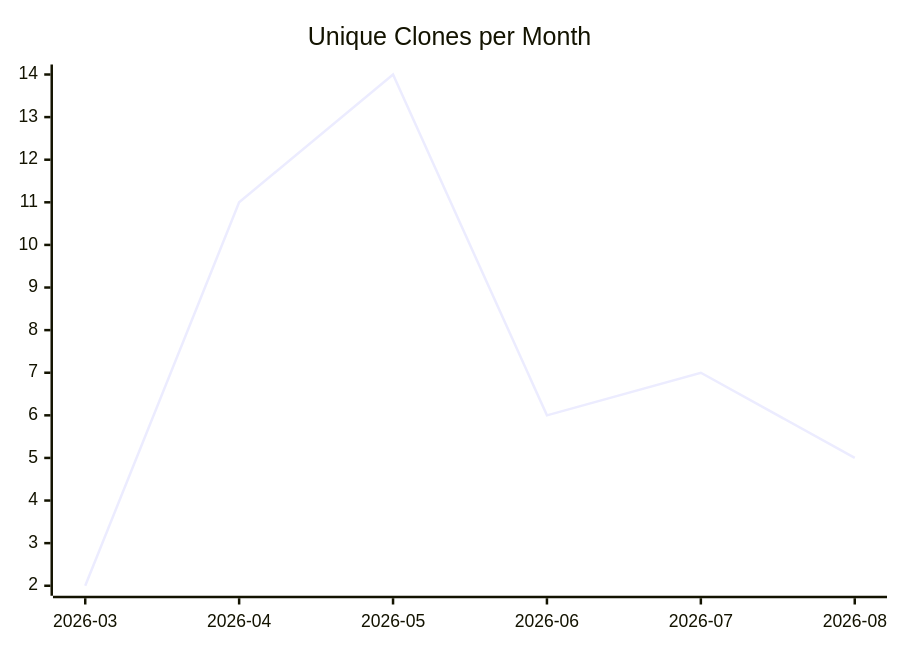
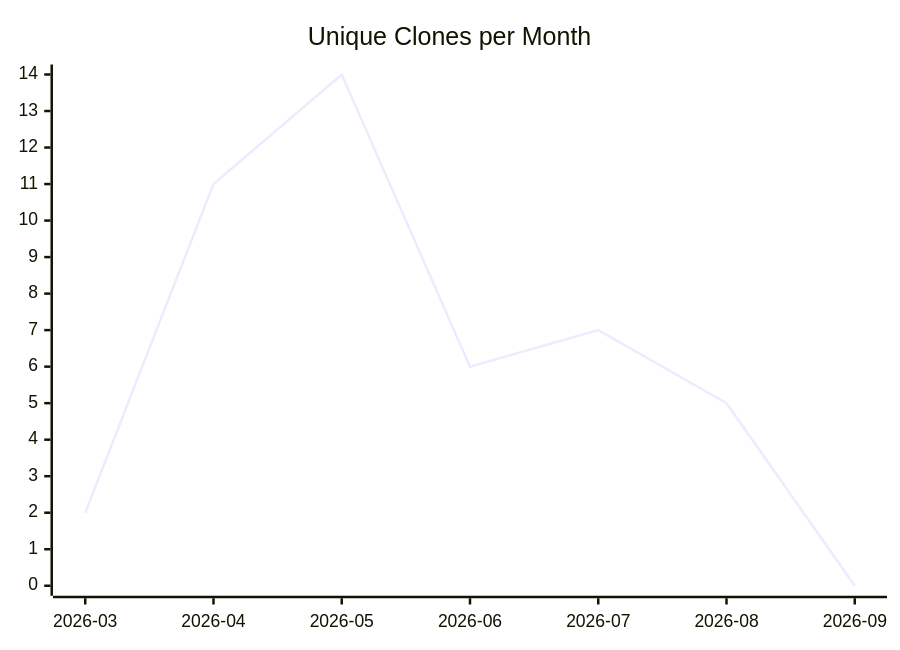
The third of 3 diagrams in karlmdavis/m2e-core/README.md (justdavis-family/github-analytics-data), drawn with Mermaid before and after one commit. The commit also changed other lines of this file and 191 other files, not shown here.

````diff
--- a/karlmdavis/m2e-core/README.md
+++ b/karlmdavis/m2e-core/README.md
@@ -19,6 +19,6 @@
 ```mermaid
 xychart-beta
   title "Unique Clones per Month"
-  x-axis ["2026-03", "2026-04", "2026-05", "2026-06", "2026-07", "2026-08"]
-  line [2, 11, 14, 6, 7, 5]
+  x-axis ["2026-03", "2026-04", "2026-05", "2026-06", "2026-07", "2026-08", "2026-09"]
+  line [2, 11, 14, 6, 7, 5, 0]
 ```
````
